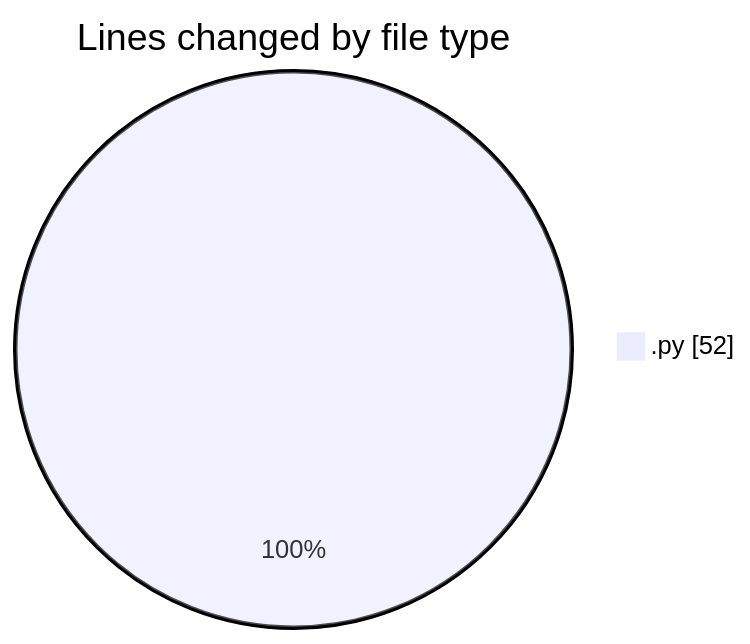
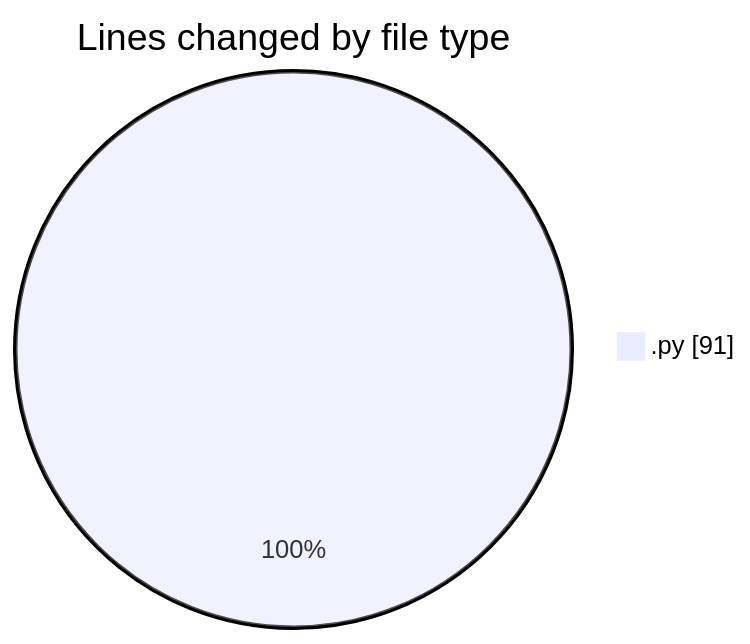
Before and after one commit to hasnaa123/code-tracking: the first of 2 diagrams in 2026-02-22/student_performance_system/README.md, drawn with Mermaid. The commit also changed other lines of this file and 1 other file, not shown here.

````diff
--- a/2026-02-22/student_performance_system/README.md
+++ b/2026-02-22/student_performance_system/README.md
@@ -20,5 +20,5 @@
 ```mermaid
 pie showData
 title Lines changed by file type
-".py" : 52
+".py" : 91
 ```
````
